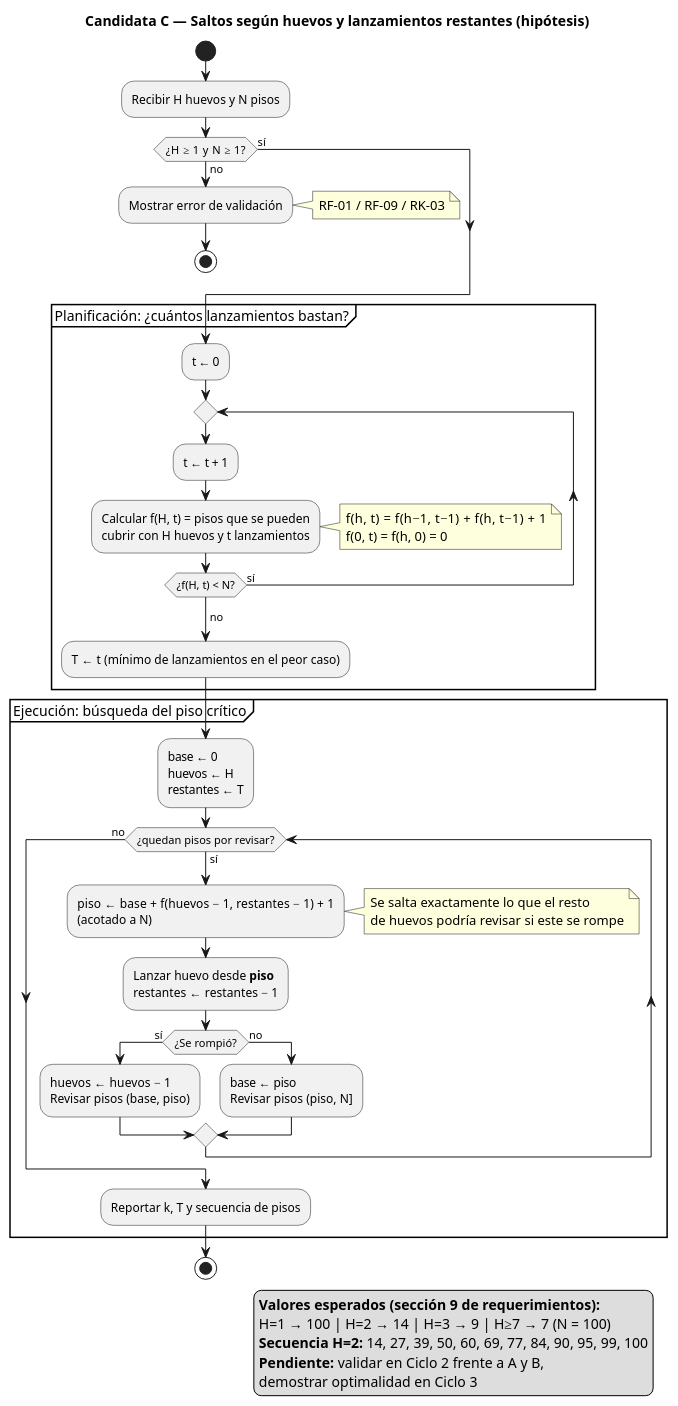
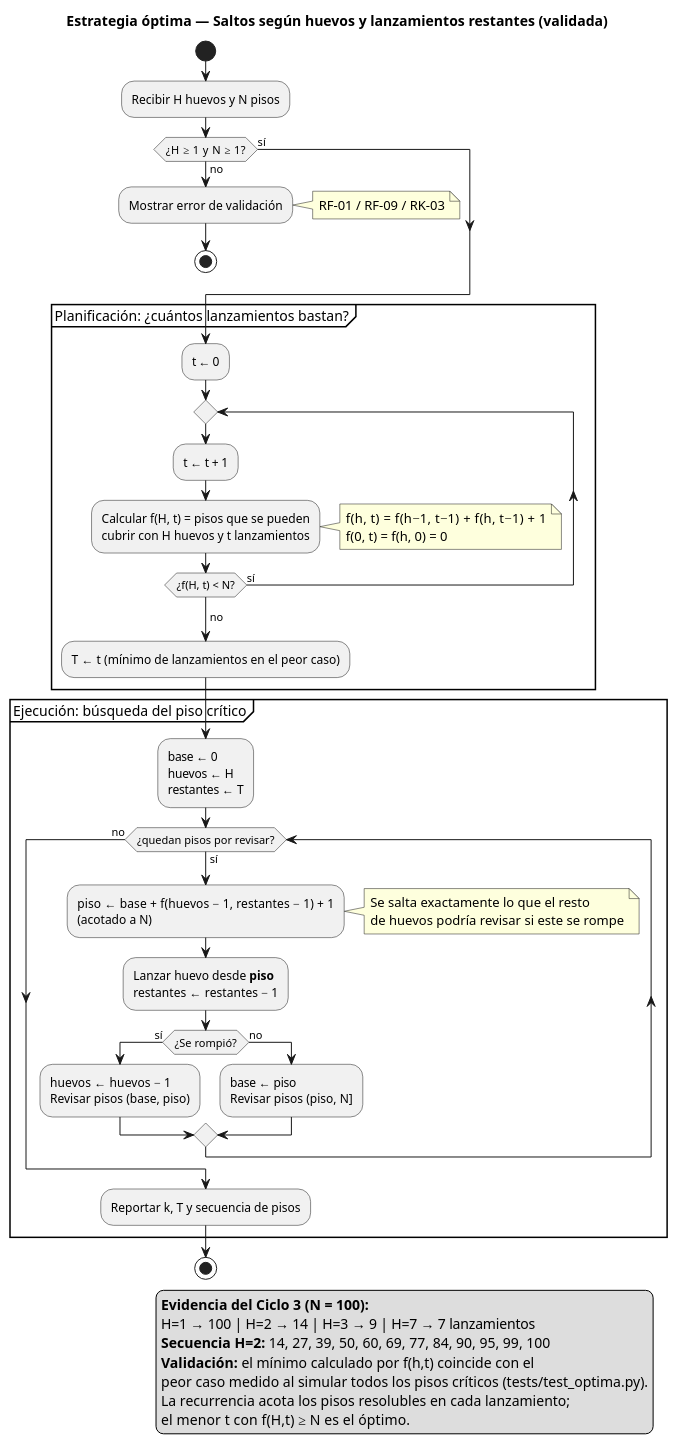
The diagram in diagramas/actividad_optima.puml (Therinbsv/Problema-huevos), drawn with PlantUML before and after one commit. The commit also changed 3 other files, not shown here.

Commit message:
HUEVO-23: diagrama de componentes y actividad optima validada

```diff
--- a/diagramas/actividad_optima.puml
+++ b/diagramas/actividad_optima.puml
@@ -1,60 +1,62 @@
 @startuml actividad_optima
-' Diagrama de actividad — Estrategia candidata C: saltos según lanzamientos restantes
-' Ciclo 1 (Concepto) | Responsable: Arquitecto y modelador | Issue: HUEVO-5
+' Diagrama de actividad — Estrategia C: saltos según lanzamientos restantes
+' Ciclo 3 (Modelo óptimo) | Responsable: Arquitecto y modelador | Issue: HUEVO-23
 ' Trazabilidad: RF-04, RF-05, RF-09 | Riesgos: RK-01, RK-02, RK-03
-' ESTADO: hipótesis. Su optimalidad se demuestra en el Ciclo 3.
+' ESTADO: validada con la recurrencia de cobertura y pruebas exhaustivas.
 
-title Candidata C — Saltos según huevos y lanzamientos restantes (hipótesis)
+title Estrategia óptima — Saltos según huevos y lanzamientos restantes (validada)
 
 start
 :Recibir H huevos y N pisos;
 
 if (¿H ≥ 1 y N ≥ 1?) then (sí)
 else (no)
   :Mostrar error de validación;
   note right: RF-01 / RF-09 / RK-03
   stop
 endif
 
 partition "Planificación: ¿cuántos lanzamientos bastan?" {
   :t ← 0;
   repeat
     :t ← t + 1;
     :Calcular f(H, t) = pisos que se pueden\ncubrir con H huevos y t lanzamientos;
     note right
       f(h, t) = f(h−1, t−1) + f(h, t−1) + 1
       f(0, t) = f(h, 0) = 0
     end note
   repeat while (¿f(H, t) < N?) is (sí)
   ->no;
   :T ← t  (mínimo de lanzamientos en el peor caso);
 }
 
 partition "Ejecución: búsqueda del piso crítico" {
   :base ← 0\nhuevos ← H\nrestantes ← T;
   while (¿quedan pisos por revisar?) is (sí)
     :piso ← base + f(huevos − 1, restantes − 1) + 1\n(acotado a N);
     note right
       Se salta exactamente lo que el resto
       de huevos podría revisar si este se rompe
     end note
     :Lanzar huevo desde **piso**\nrestantes ← restantes − 1;
     if (¿Se rompió?) then (sí)
       :huevos ← huevos − 1\nRevisar pisos (base, piso);
     else (no)
       :base ← piso\nRevisar pisos (piso, N];
     endif
   endwhile (no)
   :Reportar k, T y secuencia de pisos;
 }
 stop
 
 legend right
-  **Valores esperados (sección 9 de requerimientos):**
-  H=1 → 100 | H=2 → 14 | H=3 → 9 | H≥7 → 7  (N = 100)
+  **Evidencia del Ciclo 3 (N = 100):**
+  H=1 → 100 | H=2 → 14 | H=3 → 9 | H=7 → 7 lanzamientos
   **Secuencia H=2:** 14, 27, 39, 50, 60, 69, 77, 84, 90, 95, 99, 100
-  **Pendiente:** validar en Ciclo 2 frente a A y B,
-  demostrar optimalidad en Ciclo 3
+  **Validación:** el mínimo calculado por f(h,t) coincide con el
+  peor caso medido al simular todos los pisos críticos (tests/test_optima.py).
+  La recurrencia acota los pisos resolubles en cada lanzamiento;
+  el menor t con f(H,t) ≥ N es el óptimo.
 endlegend
 
 @enduml
```
